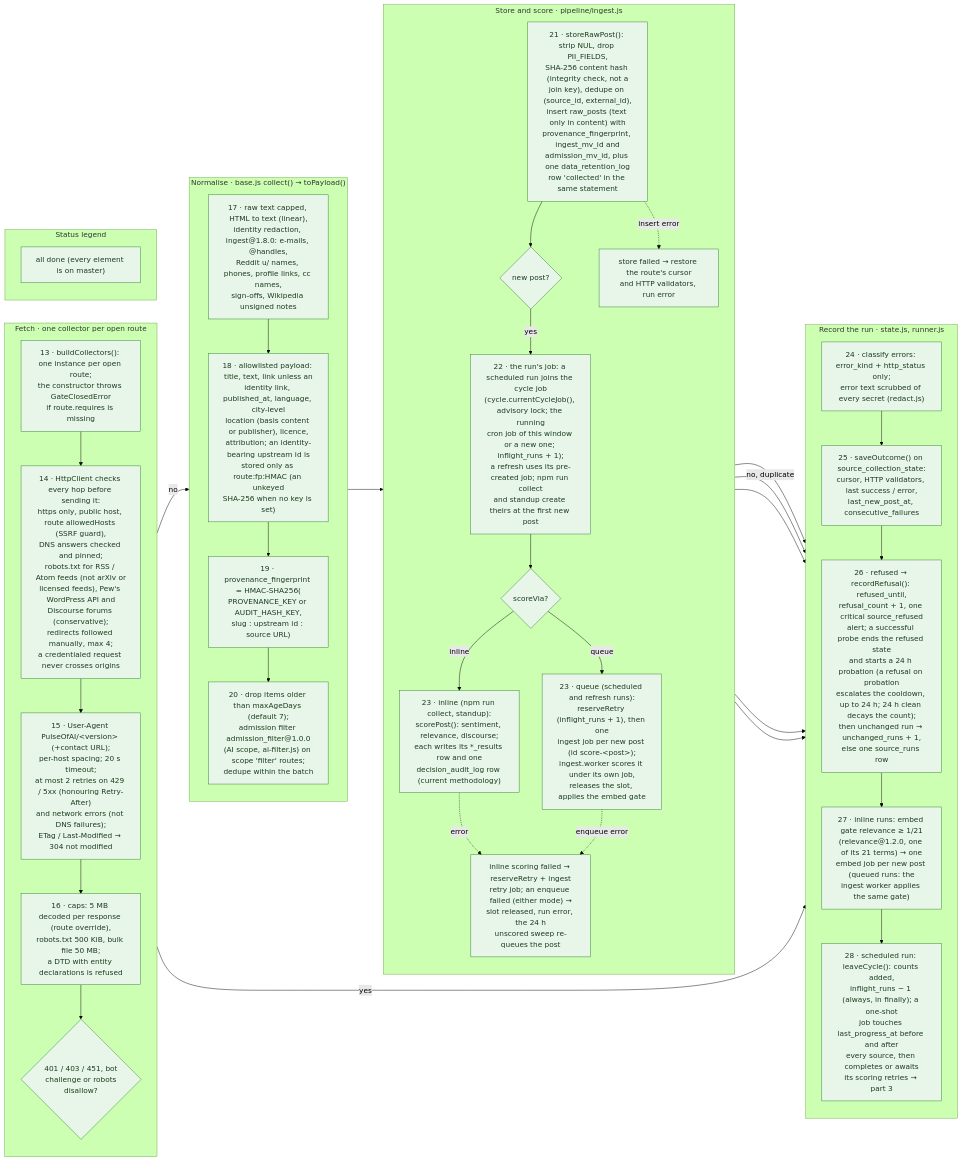
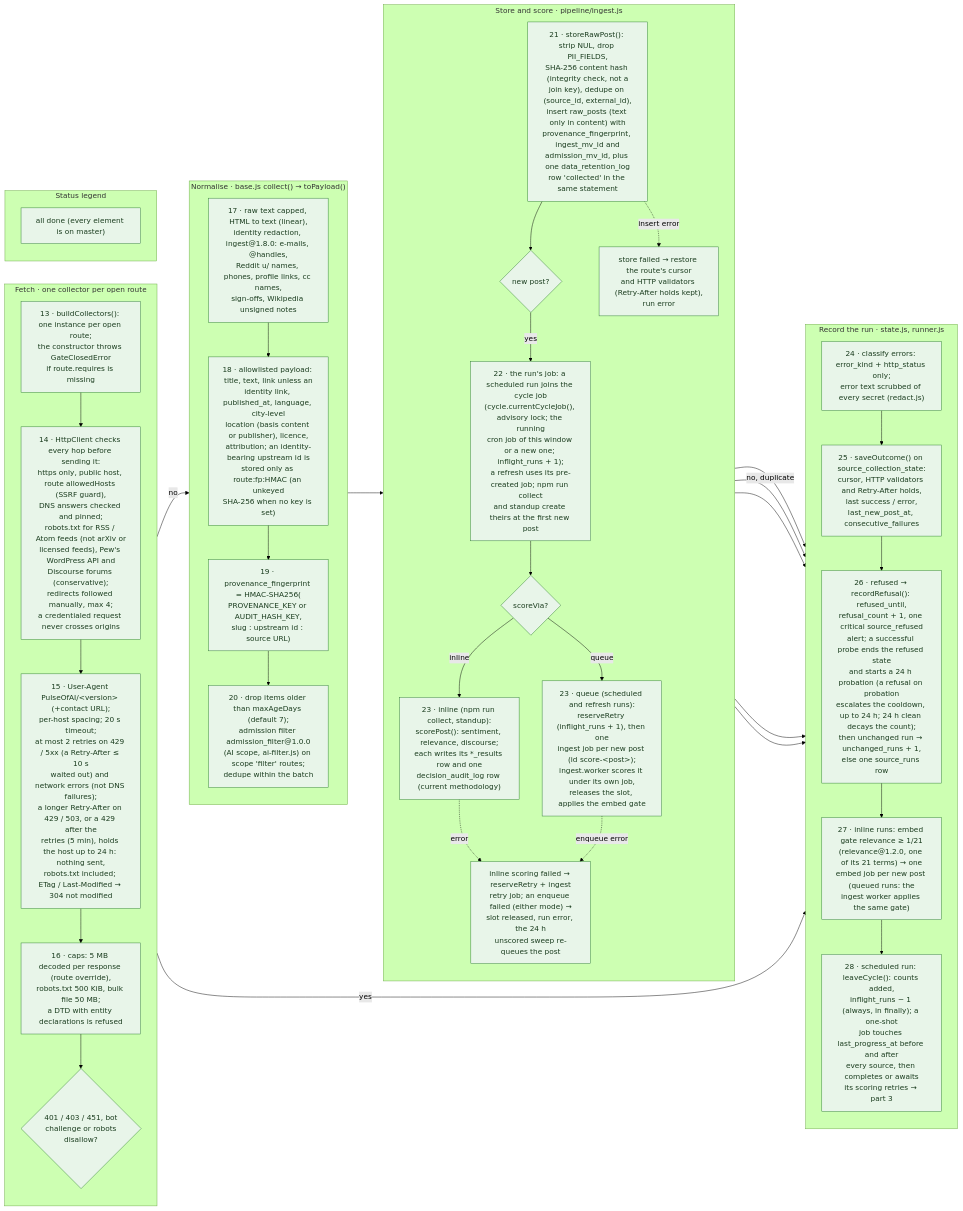
Before and after one commit to jennifer-mckinney/pulse-of-ai: the diagram in docs/diagrams/flows/collection-2-fetch-store-score.mmd, drawn with Mermaid (forest theme). The commit also changed 18 other files, not shown here.

Commit message:
Docs: carry over the r7 uncommitted edits (README, spec, ADR 0001, PRD, diagram sources)

```diff
--- a/docs/diagrams/flows/collection-2-fetch-store-score.mmd
+++ b/docs/diagrams/flows/collection-2-fetch-store-score.mmd
@@ -1,67 +1,67 @@
 %% Title: Collection cycle · part 2 of 3 · fetch, normalise, store, score
 %% Summary: What one open route of a claimed source does: the guarded HTTP fetch, normalisation with redaction, the admission filter and the provenance fingerprint, storage with the ingest and admission versions, scoring (ingest queue for scheduled and refresh runs, inline for npm run collect and standup) with audit rows, and the run record.
 %% Sources: src/collectors/{index,base,http,netguard,transport,robots,normalize,identity,provenance,errors,redact,state,refusal,cycle,runner,ai-filter}.js, src/workers/{collect,ingest}.worker.js, src/pipeline/{ingest,sentiment,relevance,discourse,methodology}.js, src/config/methodology-registry.js; migrations 022, 031, 040, 042, 062. Spec: TECHNICAL_SPEC.md section 8 (PII handling, provenance); ADR 0001 (terms and politeness, D2); PR #22 decision G6.
 flowchart LR
 
   subgraph FETCH["Fetch · one collector per open route"]
     direction TB
     F1["13 · buildCollectors(): one instance per open route;<br/>the constructor throws GateClosedError<br/>if route.requires is missing"]:::done
     F2["14 · HttpClient checks every hop before sending it:<br/>https only, public host, route allowedHosts (SSRF guard),<br/>DNS answers checked and pinned;<br/>robots.txt for RSS / Atom feeds (not arXiv or<br/>licensed feeds), Pew's WordPress API and<br/>Discourse forums (conservative);<br/>redirects followed manually, max 4;<br/>a credentialed request never crosses origins"]:::done
-    F3["15 · User-Agent PulseOfAI/#lt;version#gt; (+contact URL);<br/>per-host spacing; 20 s timeout;<br/>at most 2 retries on 429 / 5xx (honouring Retry-After)<br/>and network errors (not DNS failures);<br/>ETag / Last-Modified → 304 not modified"]:::done
+    F3["15 · User-Agent PulseOfAI/#lt;version#gt; (+contact URL);<br/>per-host spacing; 20 s timeout;<br/>at most 2 retries on 429 / 5xx (a Retry-After ≤ 10 s<br/>waited out) and network errors (not DNS failures);<br/>a longer Retry-After on 429 / 503, or a 429 after the<br/>retries (5 min), holds the host up to 24 h: nothing sent,<br/>robots.txt included; ETag / Last-Modified → 304 not modified"]:::done
     F4["16 · caps: 5 MB decoded per response (route override),<br/>robots.txt 500 KiB, bulk file 50 MB;<br/>a DTD with entity declarations is refused"]:::done
     F5{"401 / 403 / 451, bot<br/>challenge or robots<br/>disallow?"}:::done
     F1 --> F2 --> F3 --> F4 --> F5
   end
 
   subgraph NORM["Normalise · base.js collect() → toPayload()"]
     direction TB
     N1["17 · raw text capped, HTML to text (linear),<br/>identity redaction, ingest@1.8.0: e-mails, @handles,<br/>Reddit u/ names, phones, profile links, cc names,<br/>sign-offs, Wikipedia unsigned notes"]:::done
     N2["18 · allowlisted payload: title, text, link unless an<br/>identity link, published_at, language, city-level<br/>location (basis content or publisher), licence,<br/>attribution; an identity-bearing upstream id is<br/>stored only as route:fp:HMAC (an unkeyed<br/>SHA-256 when no key is set)"]:::done
     N3["19 · provenance_fingerprint = HMAC-SHA256(<br/>PROVENANCE_KEY or AUDIT_HASH_KEY,<br/>slug : upstream id : source URL)"]:::done
     N4["20 · drop items older than maxAgeDays (default 7);<br/>admission filter admission_filter@1.0.0<br/>(AI scope, ai-filter.js) on scope 'filter' routes;<br/>dedupe within the batch"]:::done
     N1 --> N2 --> N3 --> N4
   end
 
   subgraph STORE["Store and score · pipeline/ingest.js"]
     direction TB
     T1["21 · storeRawPost(): strip NUL, drop PII_FIELDS,<br/>SHA-256 content hash (integrity check, not a<br/>join key), dedupe on (source_id, external_id),<br/>insert raw_posts (text only in content) with<br/>provenance_fingerprint, ingest_mv_id and<br/>admission_mv_id, plus one data_retention_log<br/>row 'collected' in the same statement"]:::done
     T2{"new post?"}:::done
     T3["22 · the run's job: a scheduled run joins the cycle job<br/>(cycle.currentCycleJob(), advisory lock; the running<br/>cron job of this window or a new one; inflight_runs + 1);<br/>a refresh uses its pre-created job; npm run collect<br/>and standup create theirs at the first new post"]:::done
     T7{"scoreVia?"}:::done
     T4["23 · queue (scheduled and refresh runs):<br/>reserveRetry (inflight_runs + 1), then one<br/>ingest job per new post (id score-#lt;post#gt;);<br/>ingest.worker scores it under its own job,<br/>releases the slot, applies the embed gate"]:::done
     T8["23 · inline (npm run collect, standup):<br/>scorePost(): sentiment, relevance, discourse;<br/>each writes its *_results row and one<br/>decision_audit_log row (current methodology)"]:::done
     T5["inline scoring failed → reserveRetry + ingest<br/>retry job; an enqueue failed (either mode) →<br/>slot released, run error, the 24 h<br/>unscored sweep re-queues the post"]:::done
-    T6["store failed → restore the route's cursor<br/>and HTTP validators, run error"]:::done
+    T6["store failed → restore the route's cursor<br/>and HTTP validators (Retry-After holds kept),<br/>run error"]:::done
     T1 --> T2
     T2 -- yes --> T3 --> T7
     T7 -- queue --> T4
     T7 -- inline --> T8
   end
 
   subgraph RECORD["Record the run · state.js, runner.js"]
     direction TB
     V1["24 · classify errors: error_kind + http_status only;<br/>error text scrubbed of every secret (redact.js)"]:::done
-    V2["25 · saveOutcome() on source_collection_state:<br/>cursor, HTTP validators, last success / error,<br/>last_new_post_at, consecutive_failures"]:::done
+    V2["25 · saveOutcome() on source_collection_state:<br/>cursor, HTTP validators and Retry-After holds,<br/>last success / error,<br/>last_new_post_at, consecutive_failures"]:::done
     V3["26 · refused → recordRefusal(): refused_until,<br/>refusal_count + 1, one critical source_refused<br/>alert; a successful probe ends the refused state<br/>and starts a 24 h probation (a refusal on probation<br/>escalates the cooldown, up to 24 h; 24 h clean decays the count);<br/>then unchanged run → unchanged_runs + 1,<br/>else one source_runs row"]:::done
     V4["27 · inline runs: embed gate relevance ≥ 1/21<br/>(relevance@1.2.0, one of its 21 terms) → one<br/>embed job per new post (queued runs: the<br/>ingest worker applies the same gate)"]:::done
     V5["28 · scheduled run: leaveCycle(): counts added,<br/>inflight_runs − 1 (always, in finally); a one-shot<br/>job touches last_progress_at before and after<br/>every source, then completes or awaits<br/>its scoring retries → part 3"]:::done
     V1 --> V2 --> V3 --> V4 --> V5
   end
 
   subgraph LEGEND["Status legend"]
     L1["all done (every element is on master)"]:::done
   end
 
   F5 -- yes --> V1
   F5 -- no --> N1
   N4 --> T1
   T1 -. "insert error" .-> T6 --> V1
   T2 -- "no, duplicate" --> V1
   T8 -. "error" .-> T5
   T4 -. "enqueue error" .-> T5
   T5 --> V1
   T4 --> V1
   T8 --> V1
 
   classDef done fill:#e8f5e9,stroke:#2e7d32,color:#1b3d1f
   classDef planned fill:#f2f2f2,stroke:#8a8a8a,color:#4a4a4a,stroke-dasharray:2 3
```
